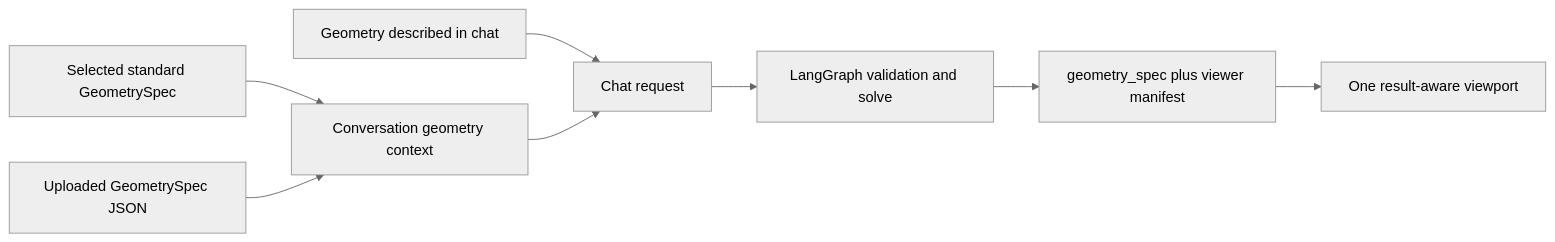
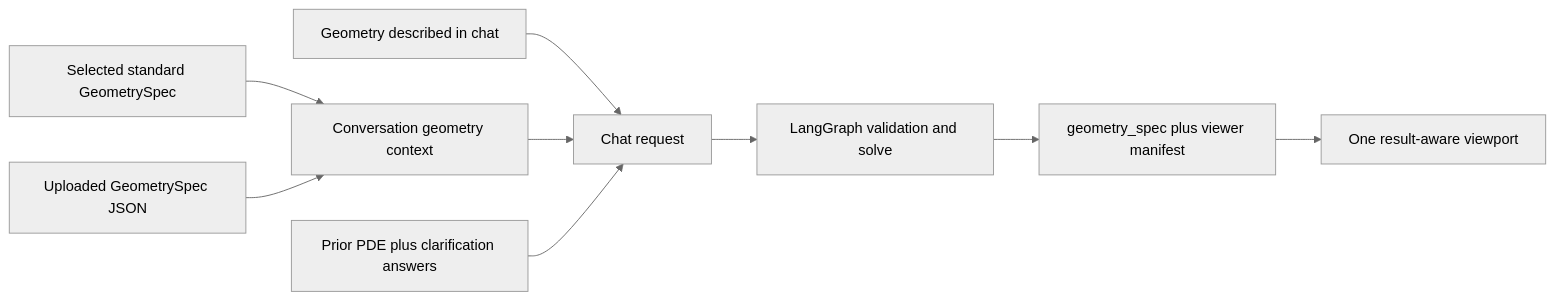
One commit to RadmirG/AES changed the seventh of 8 diagrams in web-ui/architecture.md. Above: the diagram before and after it, drawn with Mermaid (neutral theme). The commit also changed other lines of this file and 8 other files, not shown here.

````diff
--- a/web-ui/architecture.md
+++ b/web-ui/architecture.md
@@ -211,10 +216,11 @@
 ```mermaid
 flowchart LR
     A["Geometry described in chat"] --> R["Chat request"]
     B["Selected standard GeometrySpec"] --> C["Conversation geometry context"]
     D["Uploaded GeometrySpec JSON"] --> C
     C --> R
+    H["Prior PDE plus clarification answers"] --> R
     R --> E["LangGraph validation and solve"]
     E --> F["geometry_spec plus viewer manifest"]
     F --> G["One result-aware viewport"]
 ```
````
